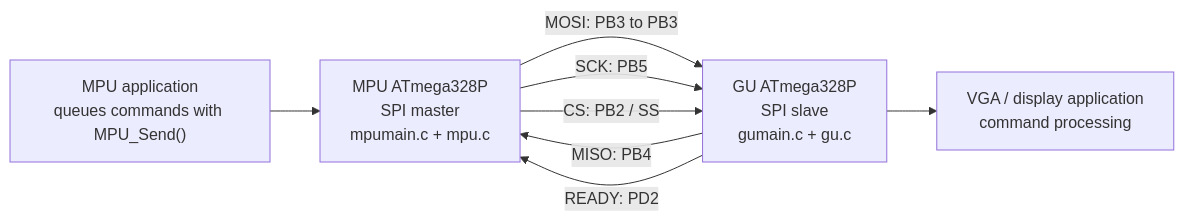
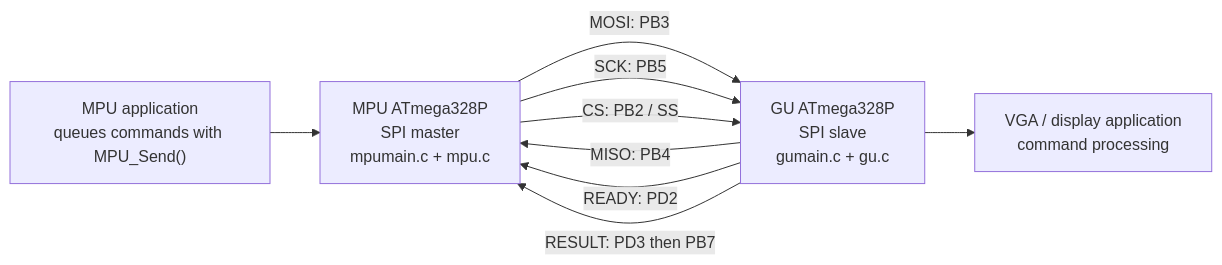
One commit to babak2000ir/avr-mpu-gpu changed the diagram in README.md. Above: the diagram before and after it, drawn with Mermaid. The commit also changed other lines of this file and 3 other files, not shown here.

````diff
--- a/README.md
+++ b/README.md
@@ -29,10 +33,11 @@
 ```mermaid
 flowchart LR
    D["MPU application<br/>queues commands with MPU_Send()"] --> A["MPU ATmega328P<br/>SPI master<br/>mpumain.c + mpu.c"]
-   A -->|MOSI: PB3 to PB3| B["GU ATmega328P<br/>SPI slave<br/>gumain.c + gu.c"]
-    B -->|MISO: PB4| A
-    A -->|SCK: PB5| B
-    A -->|CS: PB2 / SS| B
+   A -->|MOSI: PB3| B["GU ATmega328P<br/>SPI slave<br/>gumain.c + gu.c"]
+   B -->|MISO: PB4| A
+   A -->|SCK: PB5| B
+   A -->|CS: PB2 / SS| B
    B -->|READY: PD2| A
+   B -->|RESULT: PD3 then PB7| A
    B --> C["VGA / display application<br/>command processing"]
 ```
````
